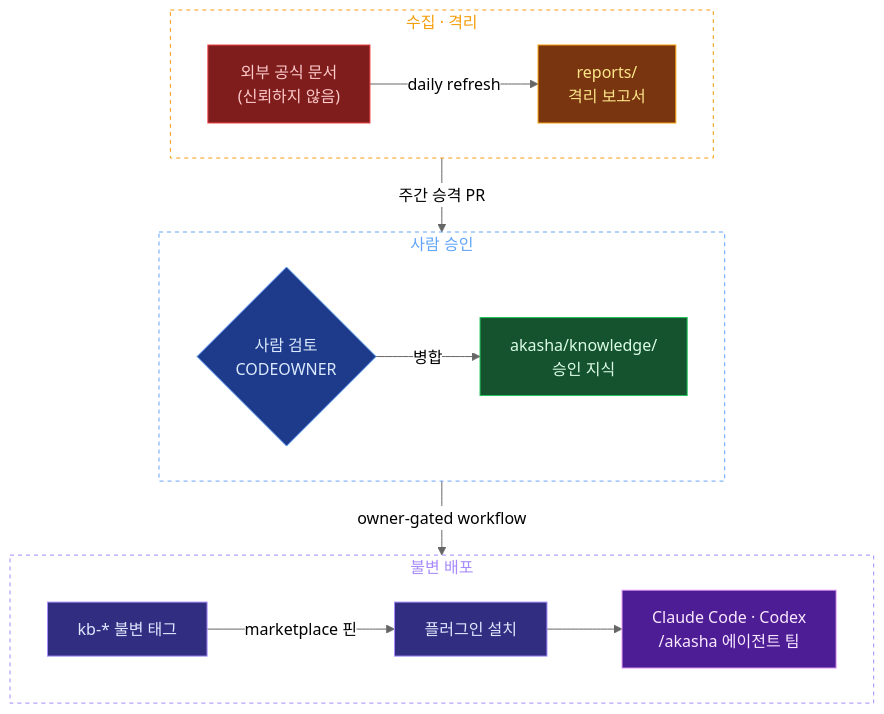
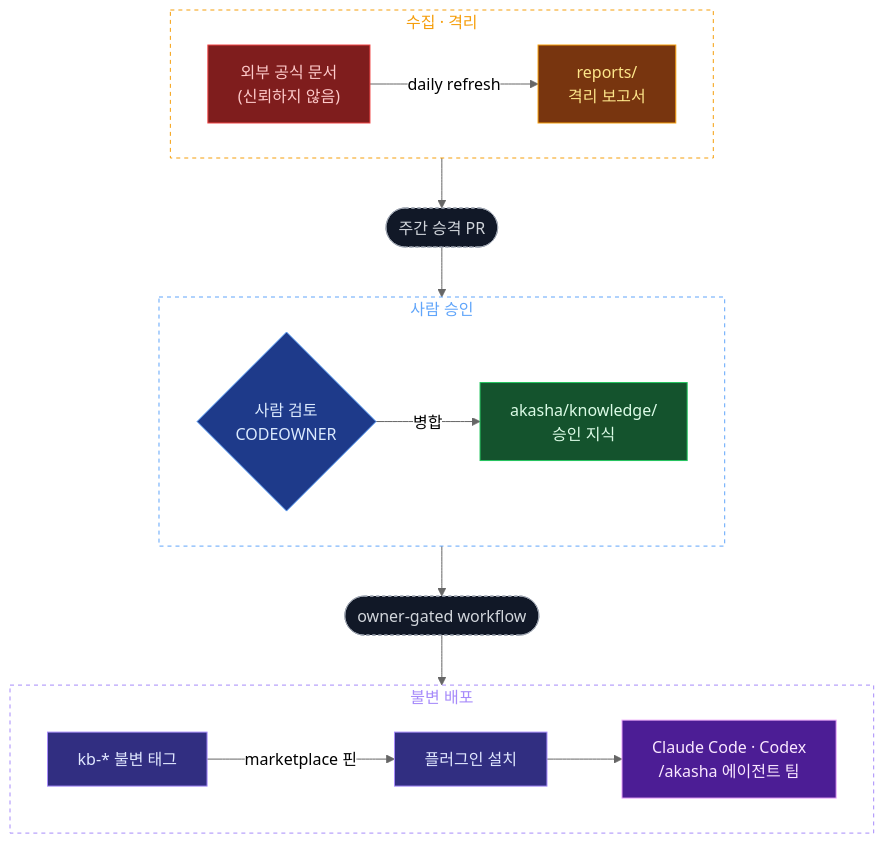
One commit to NeatKYU/akasha changed the diagram in README.md. Above: the diagram before and after it, drawn with Mermaid (neutral theme).

Commit message:
🎨 문서: 다이어그램 화살표 라벨을 관문 노드로 분리
세로 화살표의 edge label(주간 승격 PR, owner-gated workflow)이 subgraph
경계와 겹치므로 stadium 모양 관문 노드로 승격시킨다. 단계 사이를 통과하는
관문이라는 의미도 더 정확해진다.

````diff
--- a/README.md
+++ b/README.md
@@ -27,31 +27,35 @@
 ```mermaid
 flowchart TD
     subgraph S1["수집 · 격리"]
         direction LR
         E["외부 공식 문서<br/>(신뢰하지 않음)"] -->|daily refresh| Q["reports/<br/>격리 보고서"]
     end
 
     subgraph S2["사람 승인"]
         direction LR
         R{"사람 검토<br/>CODEOWNER"} -->|병합| M["akasha/knowledge/<br/>승인 지식"]
     end
 
     subgraph S3["불변 배포"]
         direction LR
         T["kb-* 불변 태그"] -->|marketplace 핀| I["플러그인 설치"] --> A["Claude Code · Codex<br/>/akasha 에이전트 팀"]
     end
 
-    Q -->|주간 승격 PR| R
-    M -->|owner-gated workflow| T
+    Q --> G1(["주간 승격 PR"])
+    G1 --> R
+    M --> G2(["owner-gated workflow"])
+    G2 --> T
 
     style E fill:#7f1d1d,stroke:#ef4444,color:#fecaca
     style Q fill:#78350f,stroke:#f59e0b,color:#fde68a
     style R fill:#1e3a8a,stroke:#60a5fa,color:#dbeafe
     style M fill:#14532d,stroke:#22c55e,color:#dcfce7
     style T fill:#312e81,stroke:#a78bfa,color:#e0e7ff
     style I fill:#312e81,stroke:#a78bfa,color:#e0e7ff
     style A fill:#4c1d95,stroke:#f0abfc,color:#fae8ff
+    style G1 fill:#111827,stroke:#9ca3af,stroke-dasharray:3 3,color:#d1d5db
+    style G2 fill:#111827,stroke:#9ca3af,stroke-dasharray:3 3,color:#d1d5db
     style S1 fill:transparent,stroke:#f59e0b,stroke-dasharray:4 4,color:#f59e0b
     style S2 fill:transparent,stroke:#60a5fa,stroke-dasharray:4 4,color:#60a5fa
     style S3 fill:transparent,stroke:#a78bfa,stroke-dasharray:4 4,color:#a78bfa
 ```
````
